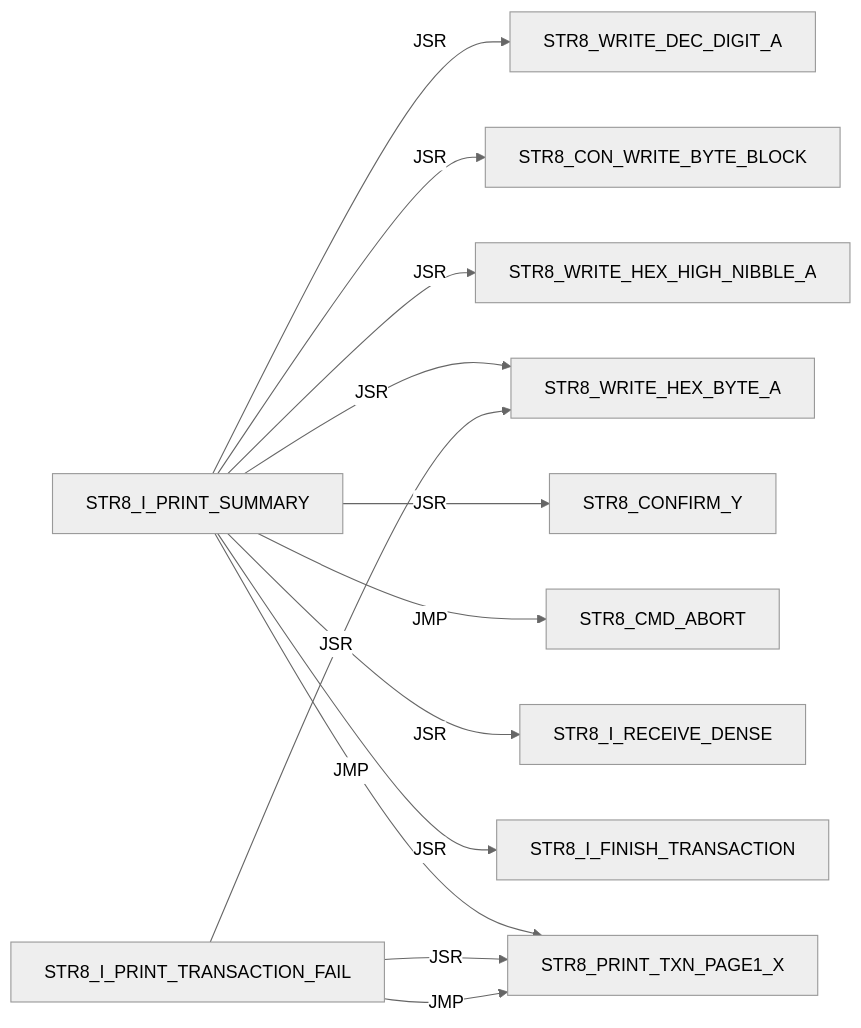
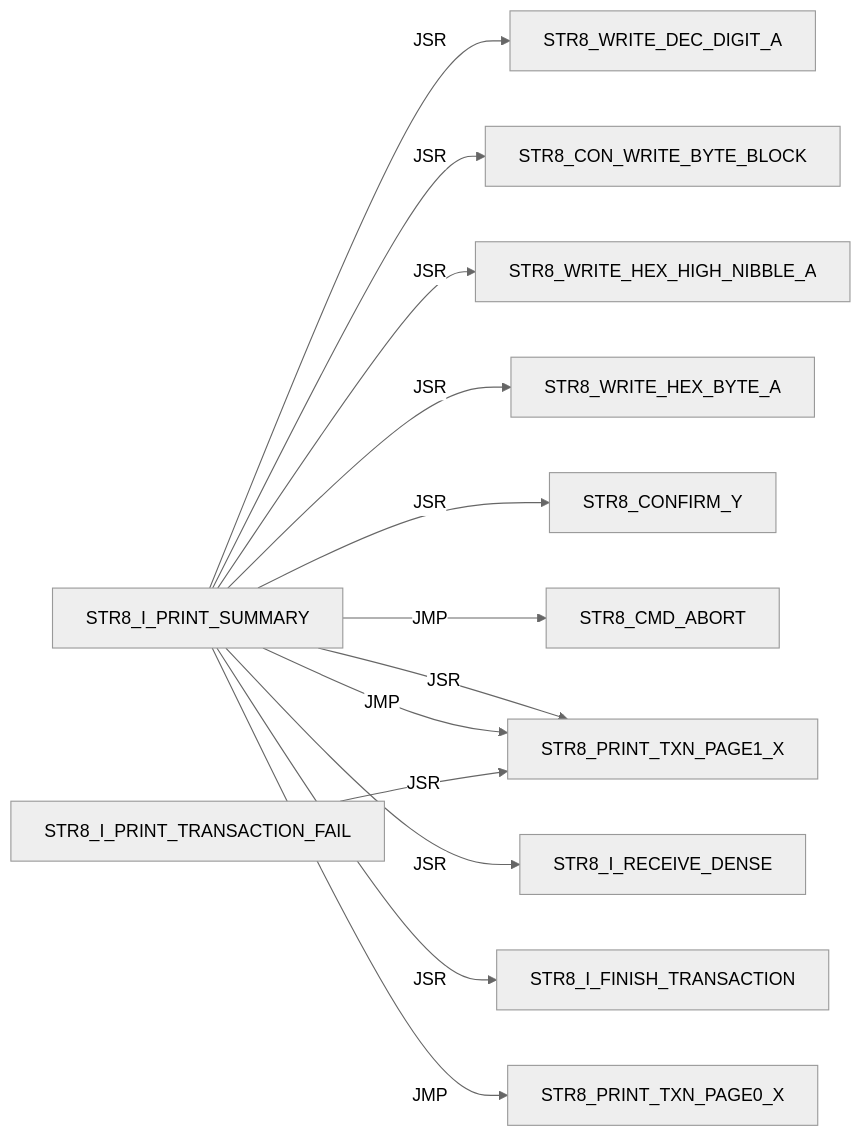
Before and after one commit to 95westus/R-YORS: diagram 16 of 41 in DOC/GUIDES/STR8/STR8_EDGE_DUMP.md, drawn with Mermaid (neutral theme). The commit also changed other lines of this file and 17 other files, not shown here.

````diff
--- a/DOC/GUIDES/STR8/STR8_EDGE_DUMP.md
+++ b/DOC/GUIDES/STR8/STR8_EDGE_DUMP.md
@@ -227,15 +222,15 @@
 ```mermaid
 flowchart LR
     N0["STR8_I_PRINT_SUMMARY"] -->|JSR| N1["STR8_WRITE_DEC_DIGIT_A"]
     N0["STR8_I_PRINT_SUMMARY"] -->|JSR| N2["STR8_CON_WRITE_BYTE_BLOCK"]
     N0["STR8_I_PRINT_SUMMARY"] -->|JSR| N3["STR8_WRITE_HEX_HIGH_NIBBLE_A"]
     N0["STR8_I_PRINT_SUMMARY"] -->|JSR| N4["STR8_WRITE_HEX_BYTE_A"]
     N0["STR8_I_PRINT_SUMMARY"] -->|JSR| N5["STR8_CONFIRM_Y"]
     N0["STR8_I_PRINT_SUMMARY"] -->|JMP| N6["STR8_CMD_ABORT"]
-    N0["STR8_I_PRINT_SUMMARY"] -->|JSR| N7["STR8_I_RECEIVE_DENSE"]
-    N0["STR8_I_PRINT_SUMMARY"] -->|JSR| N8["STR8_I_FINISH_TRANSACTION"]
-    N0["STR8_I_PRINT_SUMMARY"] -->|JMP| N9["STR8_PRINT_TXN_PAGE1_X"]
-    N10["STR8_I_PRINT_TRANSACTION_FAIL"] -->|JSR| N9["STR8_PRINT_TXN_PAGE1_X"]
-    N10["STR8_I_PRINT_TRANSACTION_FAIL"] -->|JSR| N4["STR8_WRITE_HEX_BYTE_A"]
-    N10["STR8_I_PRINT_TRANSACTION_FAIL"] -->|JMP| N9["STR8_PRINT_TXN_PAGE1_X"]
+    N0["STR8_I_PRINT_SUMMARY"] -->|JSR| N7["STR8_PRINT_TXN_PAGE1_X"]
+    N0["STR8_I_PRINT_SUMMARY"] -->|JSR| N8["STR8_I_RECEIVE_DENSE"]
+    N0["STR8_I_PRINT_SUMMARY"] -->|JSR| N9["STR8_I_FINISH_TRANSACTION"]
+    N0["STR8_I_PRINT_SUMMARY"] -->|JMP| N10["STR8_PRINT_TXN_PAGE0_X"]
+    N0["STR8_I_PRINT_SUMMARY"] -->|JMP| N7["STR8_PRINT_TXN_PAGE1_X"]
+    N11["STR8_I_PRINT_TRANSACTION_FAIL"] -->|JSR| N7["STR8_PRINT_TXN_PAGE1_X"]
 ```
````
